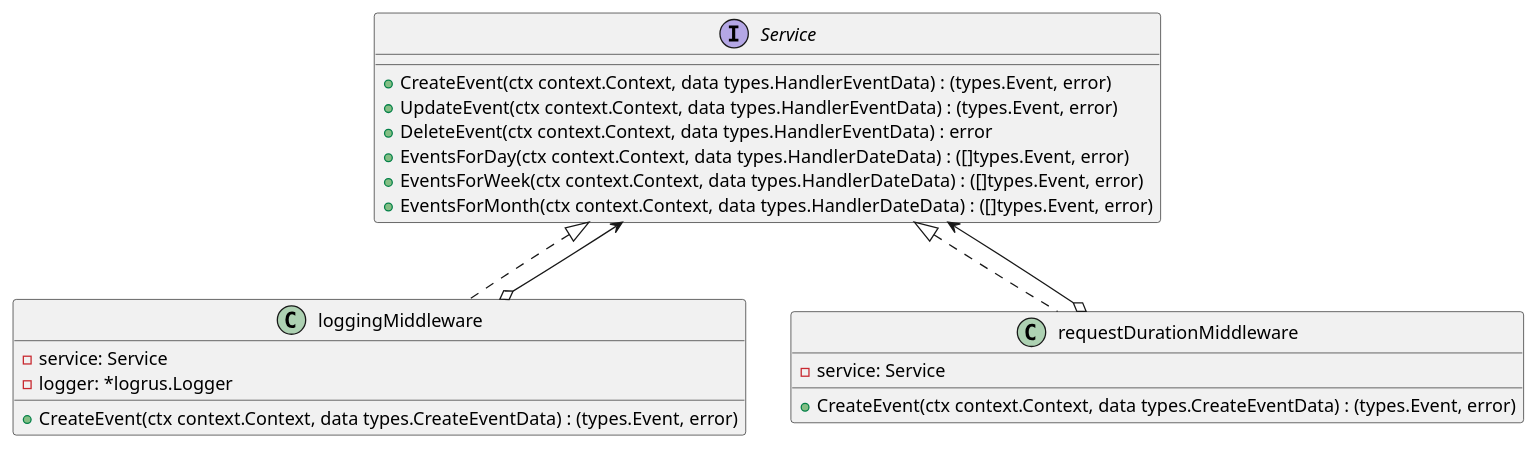
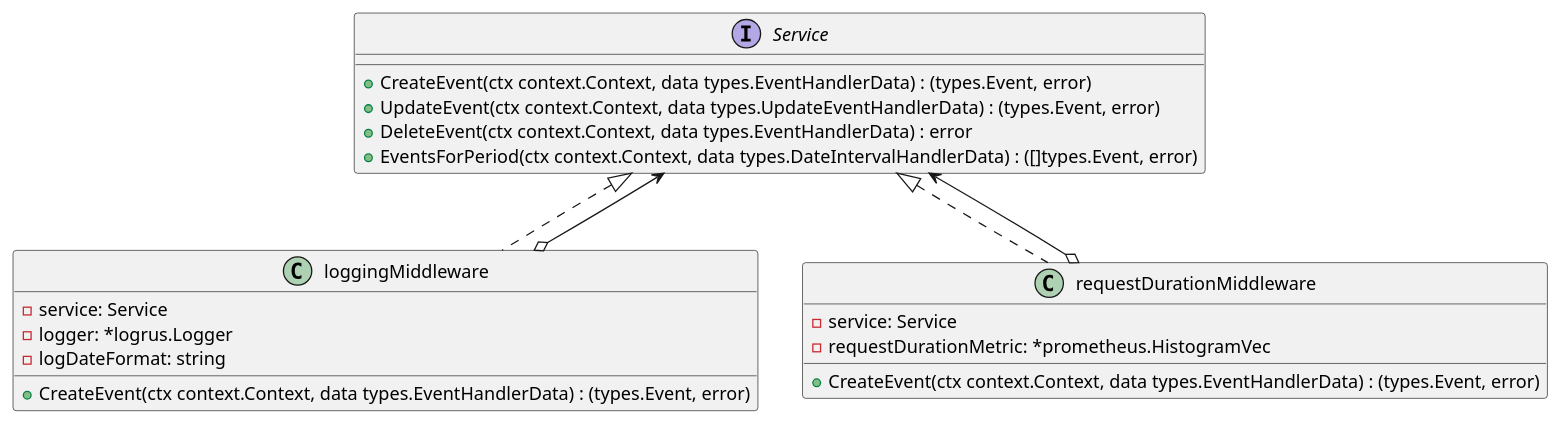
The diagram in doc/other_tasks/calendar/calendar_middleware_class.puml (capitanFlint129/architectural-patterns-in-go), drawn with PlantUML before and after one commit. The commit also changed 1 other file, not shown here.

Commit message:
update middleware class diagram

```diff
--- a/doc/other_tasks/calendar/calendar_middleware_class.puml
+++ b/doc/other_tasks/calendar/calendar_middleware_class.puml
@@ -1,34 +1,34 @@
 @startuml
 'https://plantuml.com/class-diagram
 
 
 interface Service {
-	+CreateEvent(ctx context.Context, data types.HandlerEventData) : (types.Event, error)
-	+UpdateEvent(ctx context.Context, data types.HandlerEventData) : (types.Event, error)
-	+DeleteEvent(ctx context.Context, data types.HandlerEventData) : error
-	+EventsForDay(ctx context.Context, data types.HandlerDateData) : ([]types.Event, error)
-	+EventsForWeek(ctx context.Context, data types.HandlerDateData) : ([]types.Event, error)
-	+EventsForMonth(ctx context.Context, data types.HandlerDateData) : ([]types.Event, error)
+	+CreateEvent(ctx context.Context, data types.EventHandlerData) : (types.Event, error)
+	+UpdateEvent(ctx context.Context, data types.UpdateEventHandlerData) : (types.Event, error)
+	+DeleteEvent(ctx context.Context, data types.EventHandlerData) : error
+	+EventsForPeriod(ctx context.Context, data types.DateIntervalHandlerData) : ([]types.Event, error)
 }
 
 class loggingMiddleware {
     -service: Service
     -logger: *logrus.Logger
-    +CreateEvent(ctx context.Context, data types.CreateEventData) : (types.Event, error)
+    -logDateFormat: string
+    +CreateEvent(ctx context.Context, data types.EventHandlerData) : (types.Event, error)
 }
 
 class loggingMiddleware implements Service
 
 loggingMiddleware o--> Service
 
 class requestDurationMiddleware {
     -service: Service
-    +CreateEvent(ctx context.Context, data types.CreateEventData) : (types.Event, error)
+    -requestDurationMetric: *prometheus.HistogramVec
+    +CreateEvent(ctx context.Context, data types.EventHandlerData) : (types.Event, error)
 }
 
 class requestDurationMiddleware implements Service
 
 requestDurationMiddleware o--> Service
 
 
 @enduml
```
